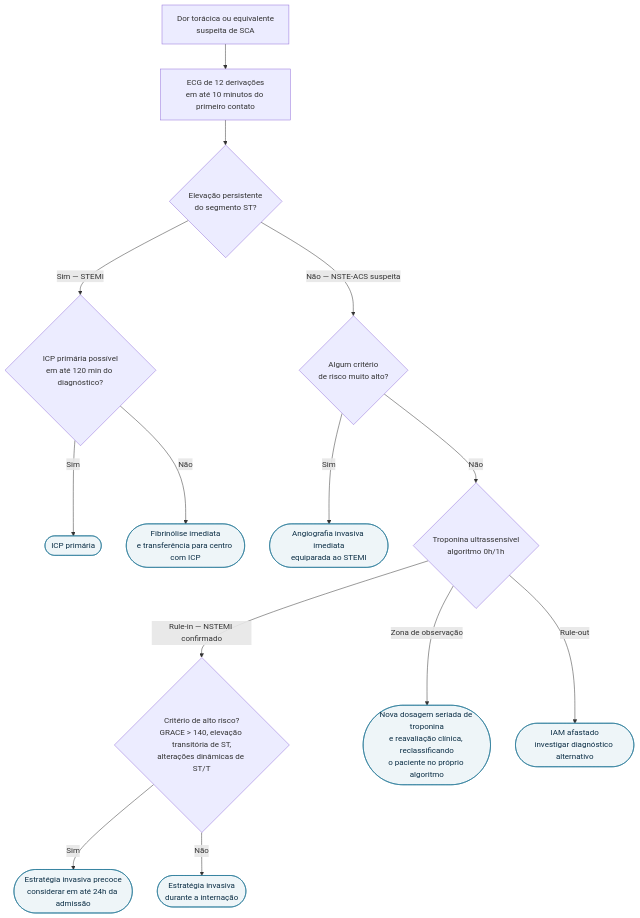
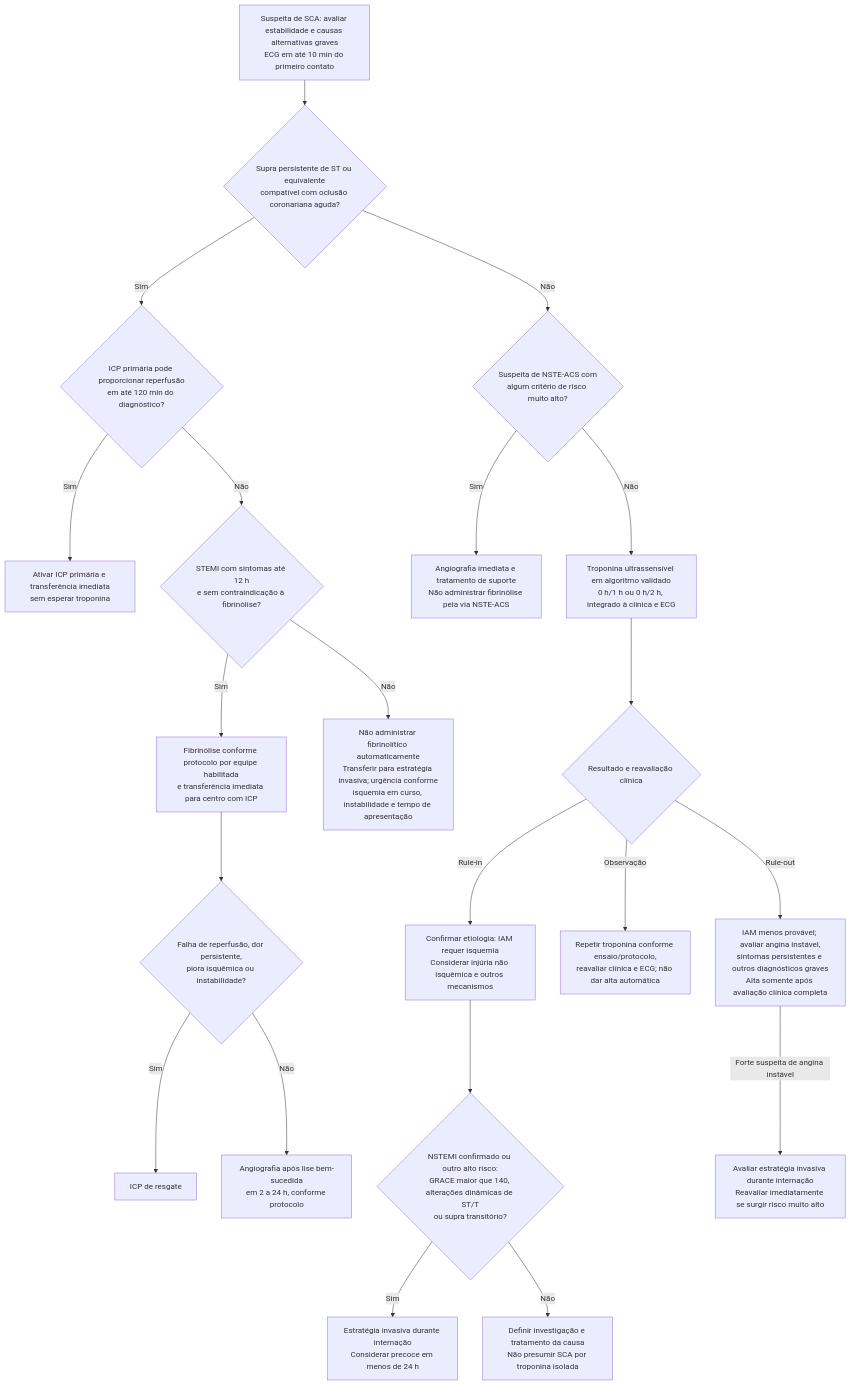
The diagram in content/Doença_coronariana/fluxograma-sindrome-coronariana-aguda-esc-2023.md (rafaelpaesmeirelles/MeuCardio), drawn with Mermaid before and after one commit. The commit also changed other lines of this file and 2 other files, not shown here.

Commit message:
fix(science): correct ACS reperfusion and primary prevention statin pathways

````diff
--- a/content/Doença_coronariana/fluxograma-sindrome-coronariana-aguda-esc-2023.md
+++ b/content/Doença_coronariana/fluxograma-sindrome-coronariana-aguda-esc-2023.md
@@ -21,26 +18,23 @@
 ```mermaid
 flowchart TD
-  R0["Dor torácica ou equivalente<br/>suspeita de SCA"] --> P1["ECG de 12 derivações<br/>em até 10 minutos do primeiro contato"]
-
-  P1 --> D1{"Elevação persistente<br/>do segmento ST?"}
-
-  D1 -->|Sim — STEMI| D2{"ICP primária possível<br/>em até 120 min do diagnóstico?"}
-  D2 -->|Sim| C1(["ICP primária"])
-  D2 -->|Não| C2(["Fibrinólise imediata<br/>e transferência para centro com ICP"])
-
-  D1 -->|Não — NSTE-ACS suspeita| D3{"Algum critério<br/>de risco muito alto?"}
-  D3 -->|Sim| C3(["Angiografia invasiva imediata<br/>equiparada ao STEMI"])
-
-  D3 -->|Não| D4{"Troponina ultrassensível<br/>algoritmo 0h/1h"}
-
-  D4 -->|Rule-in — NSTEMI confirmado| D5{"Critério de alto risco?<br/>GRACE > 140, elevação transitória de ST,<br/>alterações dinâmicas de ST/T"}
-  D5 -->|Sim| C4(["Estratégia invasiva precoce<br/>considerar em até 24h da admissão"])
-  D5 -->|Não| C5(["Estratégia invasiva<br/>durante a internação"])
-
-  D4 -->|Zona de observação| C6(["Nova dosagem seriada de troponina<br/>e reavaliação clínica, reclassificando<br/>o paciente no próprio algoritmo"])
-
-  D4 -->|Rule-out| C7(["IAM afastado<br/>investigar diagnóstico alternativo"])
-
-  classDef conduta fill:#eef5f8,stroke:#1c7293,color:#0b2e45;
-  class C1,C2,C3,C4,C5,C6,C7 conduta;
+  A["Suspeita de SCA: avaliar estabilidade e causas alternativas graves<br/>ECG em até 10 min do primeiro contato"] --> B{"Supra persistente de ST ou equivalente<br/>compatível com oclusão coronariana aguda?"}
+  B -->|Sim| C{"ICP primária pode proporcionar reperfusão<br/>em até 120 min do diagnóstico?"}
+  C -->|Sim| PCI["Ativar ICP primária e transferência imediata<br/>sem esperar troponina"]
+  C -->|Não| L{"STEMI com sintomas até 12 h<br/>e sem contraindicação à fibrinólise?"}
+  L -->|Sim| LY["Fibrinólise conforme protocolo por equipe habilitada<br/>e transferência imediata para centro com ICP"]
+  L -->|Não| TRANS["Não administrar fibrinolítico automaticamente<br/>Transferir para estratégia invasiva; urgência conforme<br/>isquemia em curso, instabilidade e tempo de apresentação"]
+  LY --> RES{"Falha de reperfusão, dor persistente,<br/>piora isquêmica ou instabilidade?"}
+  RES -->|Sim| RESC["ICP de resgate"]
+  RES -->|Não| ANG["Angiografia após lise bem-sucedida<br/>em 2 a 24 h, conforme protocolo"]
+  B -->|Não| V{"Suspeita de NSTE-ACS com<br/>algum critério de risco muito alto?"}
+  V -->|Sim| IMM["Angiografia imediata e tratamento de suporte<br/>Não administrar fibrinólise pela via NSTE-ACS"]
+  V -->|Não| T["Troponina ultrassensível em algoritmo validado<br/>0 h/1 h ou 0 h/2 h, integrado à clínica e ECG"]
+  T --> R{"Resultado e reavaliação clínica"}
+  R -->|Rule-in| CONF["Confirmar etiologia: IAM requer isquemia<br/>Considerar injúria não isquêmica e outros mecanismos"]
+  CONF --> HIGH{"NSTEMI confirmado ou outro alto risco:<br/>GRACE maior que 140, alterações dinâmicas de ST/T<br/>ou supra transitório?"}
+  HIGH -->|Sim| EARLY["Estratégia invasiva durante internação<br/>Considerar precoce em menos de 24 h"]
+  HIGH -->|Não| CAUSE["Definir investigação e tratamento da causa<br/>Não presumir SCA por troponina isolada"]
+  R -->|Observação| OBS["Repetir troponina conforme ensaio/protocolo,<br/>reavaliar clínica e ECG; não dar alta automática"]
+  R -->|Rule-out| OUT["IAM menos provável; avaliar angina instável,<br/>sintomas persistentes e outros diagnósticos graves<br/>Alta somente após avaliação clínica completa"]
+  OUT -->|Forte suspeita de angina instável| UA["Avaliar estratégia invasiva durante internação<br/>Reavaliar imediatamente se surgir risco muito alto"]
 ```
````
